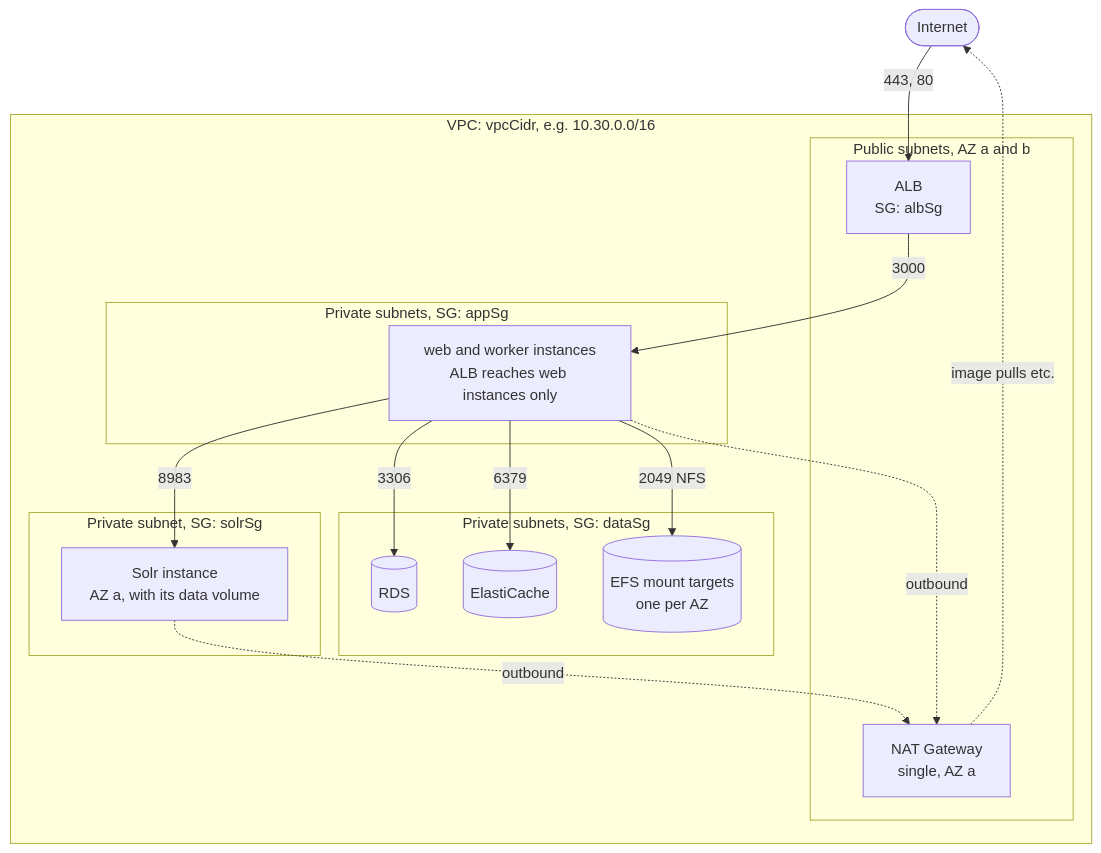
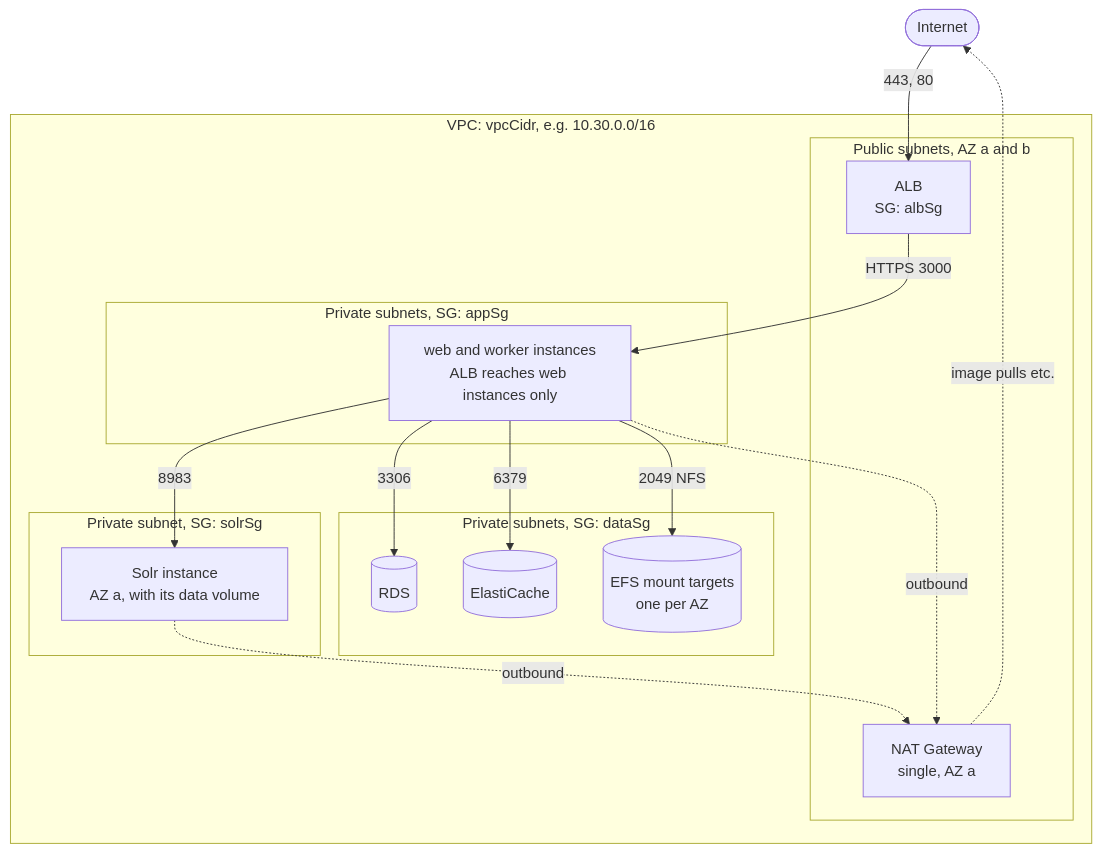
One commit to seek4science/seek changed the third of 5 diagrams in docs/pulumi-architecture.md. Above: the diagram before and after it, drawn with Mermaid. The commit also changed other lines of this file and 4 other files, not shown here.

First line of the commit message:
Document HTTPS from the load balancer to the web instances

````diff
--- a/docs/pulumi-architecture.md
+++ b/docs/pulumi-architecture.md
@@ -132,34 +132,34 @@
 ```mermaid
 flowchart TB
     internet(["Internet"])
 
     subgraph vpc["VPC: vpcCidr, e.g. 10.30.0.0/16"]
         subgraph public["Public subnets, AZ a and b"]
             alb["ALB<br/>SG: albSg"]
             nat["NAT Gateway<br/>single, AZ a"]
         end
 
         subgraph appsg["Private subnets, SG: appSg"]
             instances["web and worker instances<br/>ALB reaches web instances only"]
         end
 
         subgraph solrsg["Private subnet, SG: solrSg"]
             solr["Solr instance<br/>AZ a, with its data volume"]
         end
 
         subgraph datasg["Private subnets, SG: dataSg"]
             rds[("RDS")]
             redis[("ElastiCache")]
             efs[("EFS mount targets<br/>one per AZ")]
         end
     end
 
     internet -- "443, 80" --> alb
-    alb -- "3000" --> instances
+    alb -- "HTTPS 3000" --> instances
     instances -- "8983" --> solr
     instances -- "3306" --> rds
     instances -- "6379" --> redis
     instances -- "2049 NFS" --> efs
     instances & solr -. "outbound" .-> nat
     nat -. "image pulls etc." .-> internet
 ```
````
